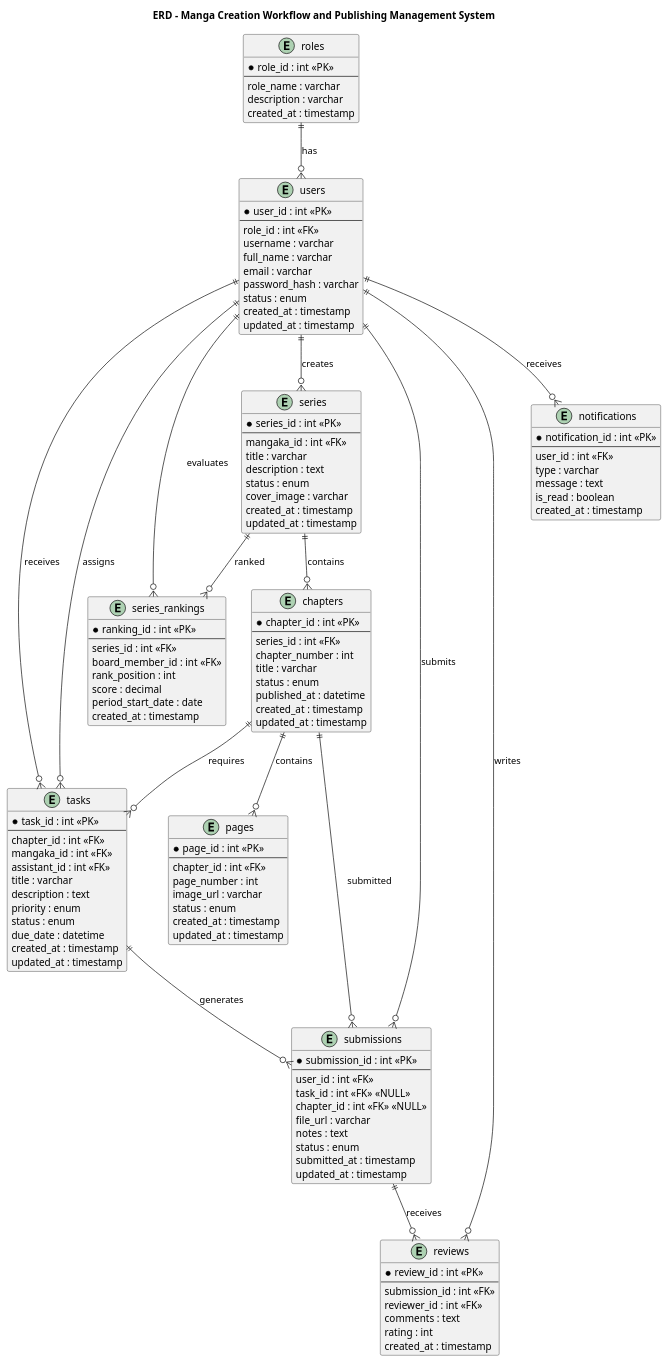
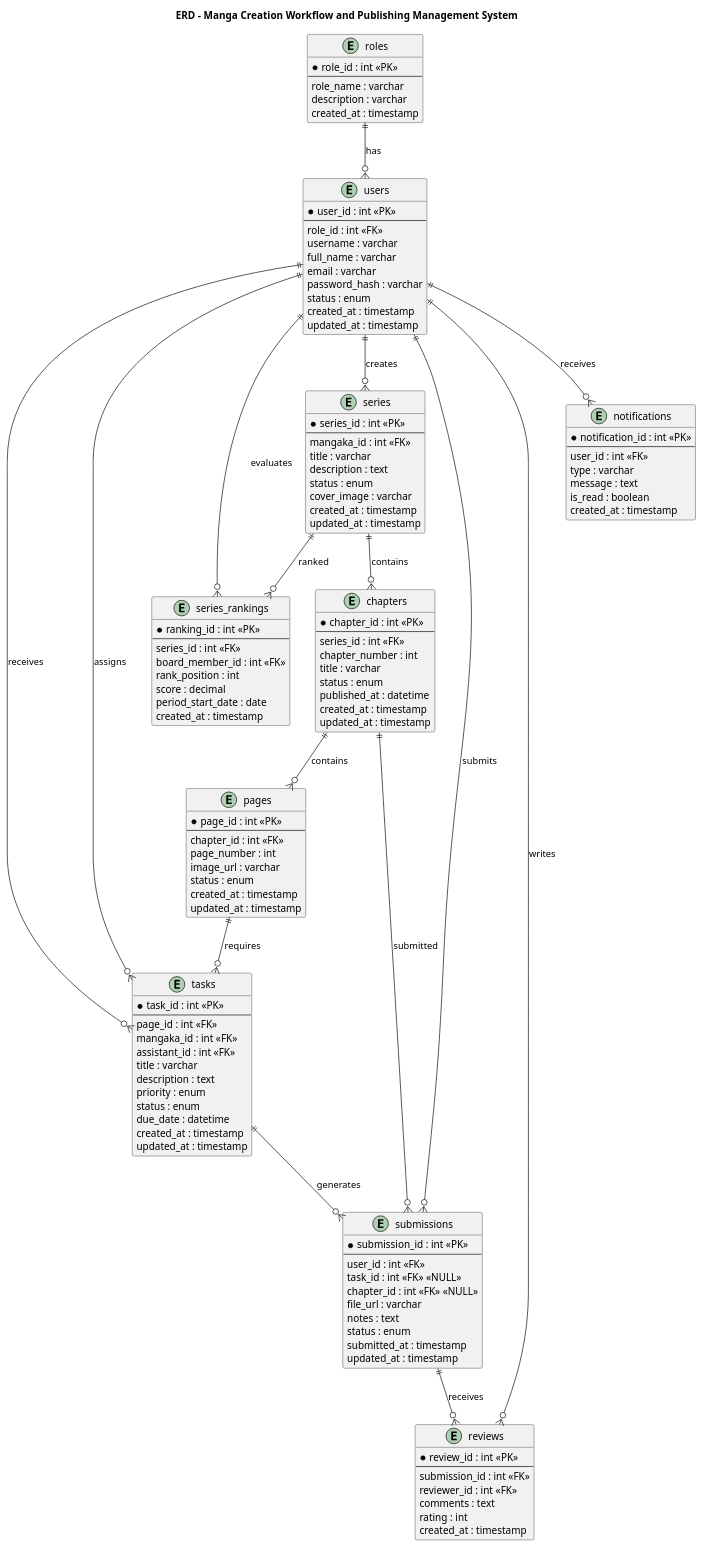
The diagram in UML/ERD.puml (trongtan0079/Manga-publishing-management-system), drawn with PlantUML before and after one commit. The commit also changed 10 other files, not shown here.

```diff
--- a/UML/ERD.puml
+++ b/UML/ERD.puml
@@ -1,142 +1,142 @@
 @startuml
 title ERD - Manga Creation Workflow and Publishing Management System
 
 entity roles {
   *role_id : int <<PK>>
   --
   role_name : varchar
   description : varchar
   created_at : timestamp
 }
 
 entity users {
   *user_id : int <<PK>>
   --
   role_id : int <<FK>>
   username : varchar
   full_name : varchar
   email : varchar
   password_hash : varchar
   status : enum
   created_at : timestamp
   updated_at : timestamp
 }
 
 entity series {
   *series_id : int <<PK>>
   --
   mangaka_id : int <<FK>>
   title : varchar
   description : text
   status : enum
   cover_image : varchar
   created_at : timestamp
   updated_at : timestamp
 }
 
 entity chapters {
   *chapter_id : int <<PK>>
   --
   series_id : int <<FK>>
   chapter_number : int
   title : varchar
   status : enum
   published_at : datetime
   created_at : timestamp
   updated_at : timestamp
 }
 
 entity pages {
   *page_id : int <<PK>>
   --
   chapter_id : int <<FK>>
   page_number : int
   image_url : varchar
   status : enum
   created_at : timestamp
   updated_at : timestamp
 }
 
 entity tasks {
   *task_id : int <<PK>>
   --
-  chapter_id : int <<FK>>
+  page_id : int <<FK>>
   mangaka_id : int <<FK>>
   assistant_id : int <<FK>>
   title : varchar
   description : text
   priority : enum
   status : enum
   due_date : datetime
   created_at : timestamp
   updated_at : timestamp
 }
 
 entity submissions {
   *submission_id : int <<PK>>
   --
   user_id : int <<FK>>
   task_id : int <<FK>> <<NULL>>
   chapter_id : int <<FK>> <<NULL>>
   file_url : varchar
   notes : text
   status : enum
   submitted_at : timestamp
   updated_at : timestamp
 }
 
 entity reviews {
   *review_id : int <<PK>>
   --
   submission_id : int <<FK>>
   reviewer_id : int <<FK>>
   comments : text
   rating : int
   created_at : timestamp
 }
 
 entity series_rankings {
   *ranking_id : int <<PK>>
   --
   series_id : int <<FK>>
   board_member_id : int <<FK>>
   rank_position : int
   score : decimal
   period_start_date : date
   created_at : timestamp
 }
 
 entity notifications {
   *notification_id : int <<PK>>
   --
   user_id : int <<FK>>
   type : varchar
   message : text
   is_read : boolean
   created_at : timestamp
 }
 
 roles ||--o{ users : has
 
 users ||--o{ series : creates
 
 users ||--o{ tasks : assigns
 users ||--o{ tasks : receives
 
 users ||--o{ submissions : submits
 users ||--o{ reviews : writes
 users ||--o{ notifications : receives
 users ||--o{ series_rankings : evaluates
 
 series ||--o{ chapters : contains
 series ||--o{ series_rankings : ranked
 
 chapters ||--o{ pages : contains
-chapters ||--o{ tasks : requires
 chapters ||--o{ submissions : submitted
 
+pages ||--o{ tasks : requires
 tasks ||--o{ submissions : generates
 
 submissions ||--o{ reviews : receives
 
 @enduml
```
